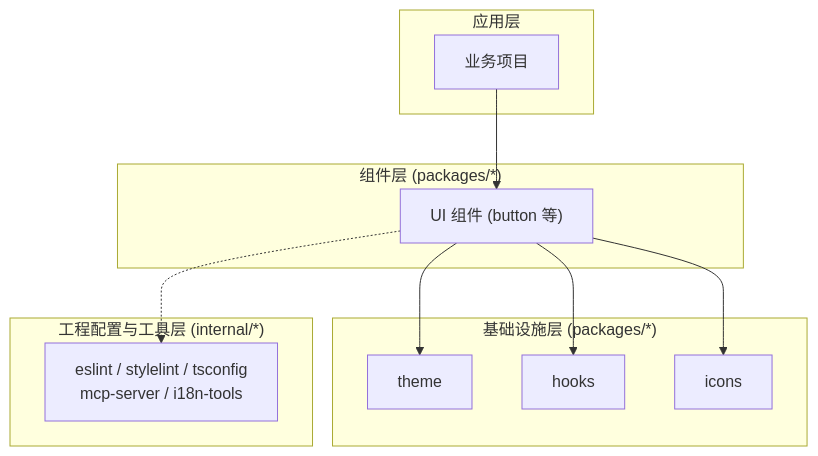
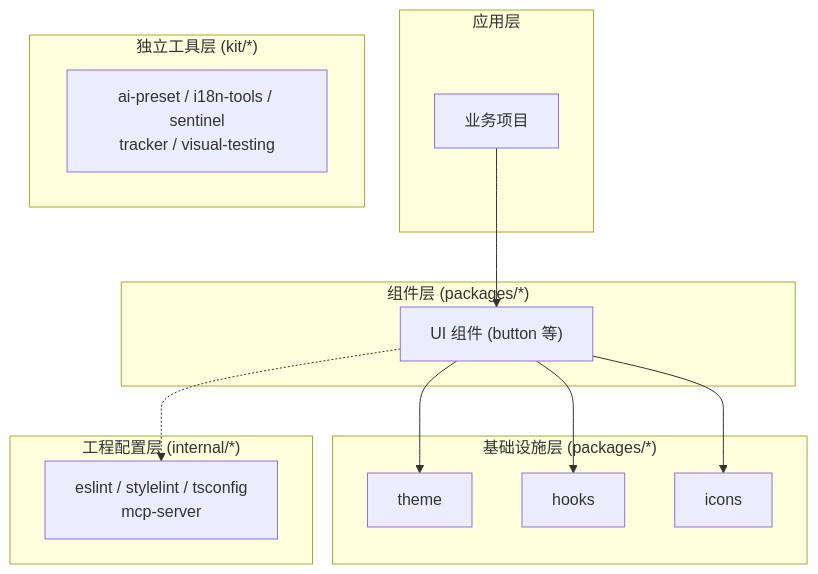
One commit to sunweijieMJ/aix changed the second of 17 diagrams in docs/guide/architecture.md. Above: the diagram before and after it, drawn with Mermaid. The commit also changed other lines of this file and 351 other files, not shown here.

First line of the commit message:
refactor: 拆分 internal/ 为 internal/ + kit/ 两个目录

````diff
--- a/docs/guide/architecture.md
+++ b/docs/guide/architecture.md
@@ -163,24 +168,28 @@
 ```mermaid
 graph TB
     subgraph "应用层"
         A[业务项目]
     end
 
     subgraph "组件层 (packages/*)"
         B["UI 组件 (button 等)"]
     end
 
     subgraph "基础设施层 (packages/*)"
         C[theme]
         D[hooks]
         E[icons]
     end
 
-    subgraph "工程配置与工具层 (internal/*)"
-        F["eslint / stylelint / tsconfig<br/>mcp-server / i18n-tools"]
+    subgraph "工程配置层 (internal/*)"
+        F["eslint / stylelint / tsconfig<br/>mcp-server"]
+    end
+
+    subgraph "独立工具层 (kit/*)"
+        G["ai-preset / i18n-tools / sentinel<br/>tracker / visual-testing"]
     end
 
     A --> B
     B --> C & D & E
     B -.-> F
 ```
````
